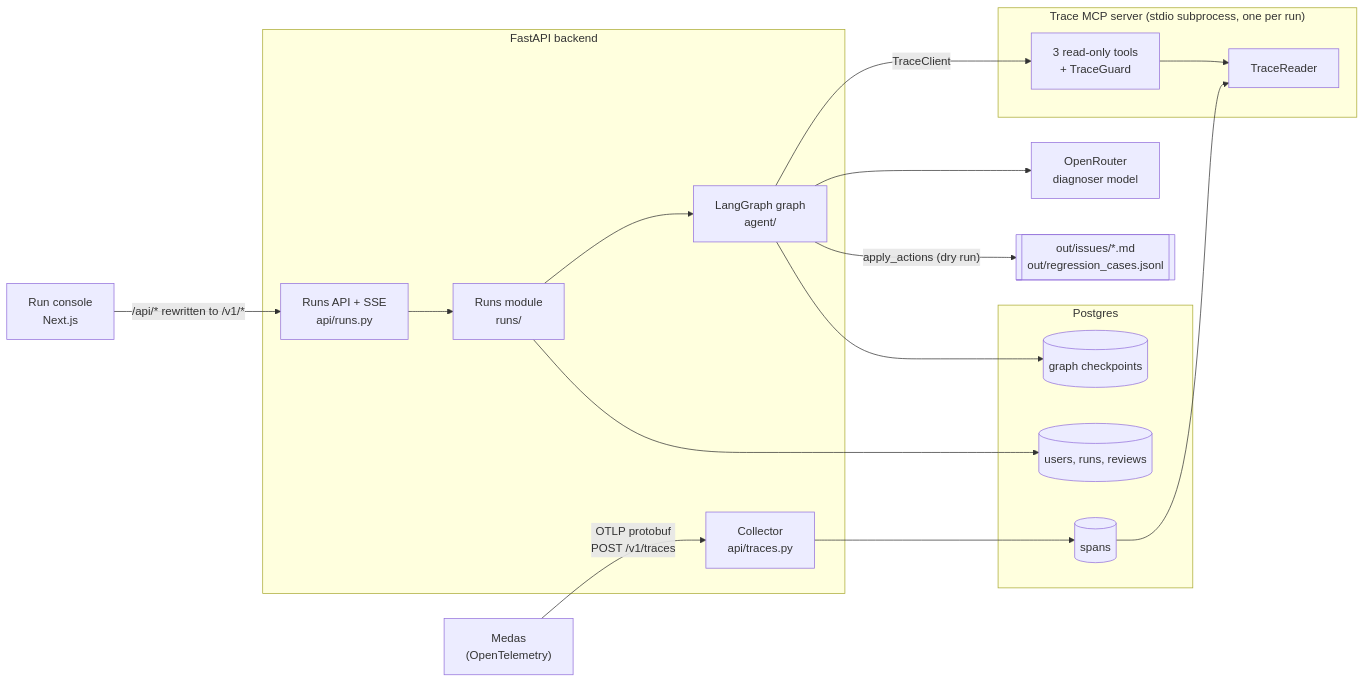
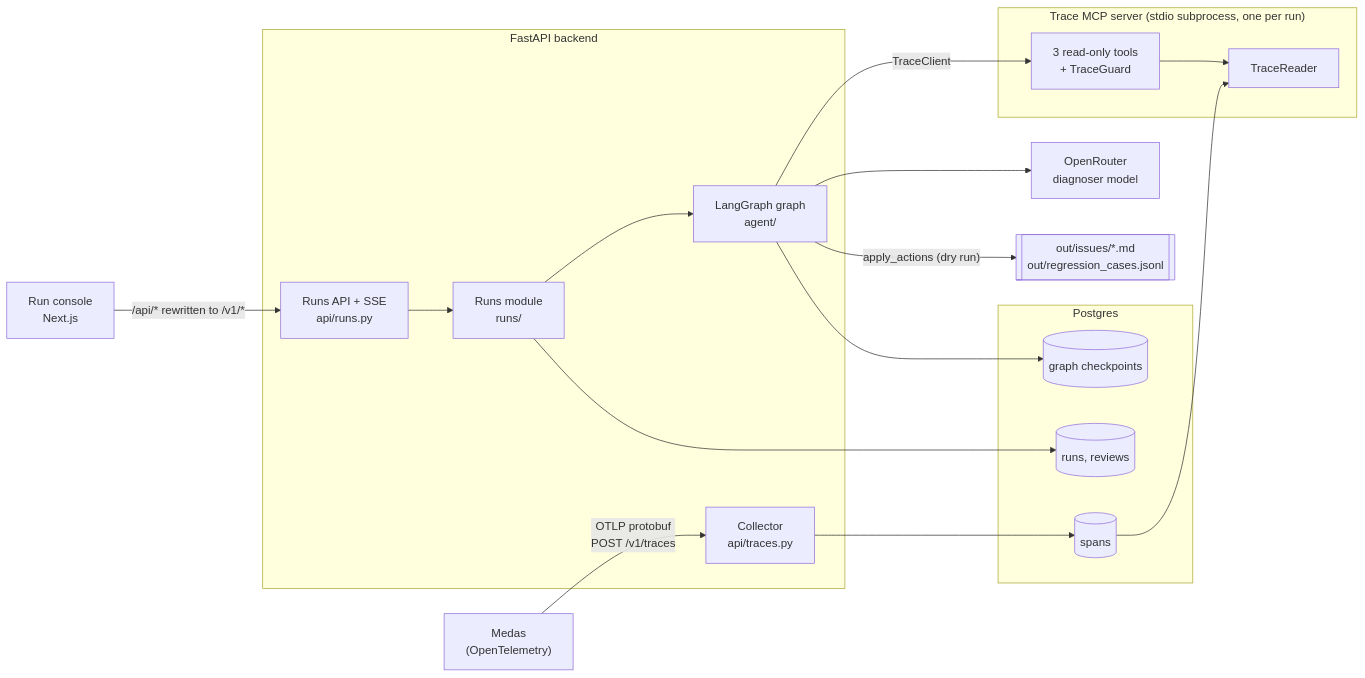
The first of 5 diagrams in README.md (Nelev/tracescan), drawn with Mermaid before and after one commit. The commit also changed other lines of this file and 24 other files, not shown here.

First line of the commit message:
refactor: simplify the diagnoser's retries, the graph and the run store

````diff
--- a/README.md
+++ b/README.md
@@ -29,37 +29,37 @@
 ```mermaid
 flowchart LR
     medas["Medas<br/>(OpenTelemetry)"] -- "OTLP protobuf<br/>POST /v1/traces" --> collector
 
     subgraph backend["FastAPI backend"]
         collector["Collector<br/>api/traces.py"]
         api["Runs API + SSE<br/>api/runs.py"]
         runs["Runs module<br/>runs/"]
         agent["LangGraph graph<br/>agent/"]
         api --> runs --> agent
     end
 
     subgraph pg["Postgres"]
         spans[("spans")]
-        app[("users, runs, reviews")]
+        app[("runs, reviews")]
         cp[("graph checkpoints")]
     end
 
     subgraph mcp["Trace MCP server (stdio subprocess, one per run)"]
         tools["3 read-only tools<br/>+ TraceGuard"]
         reader["TraceReader"]
         tools --> reader
     end
 
     ui["Run console<br/>Next.js"]
     llm["OpenRouter<br/>diagnoser model"]
     out[["out/issues/*.md<br/>out/regression_cases.jsonl"]]
 
     collector --> spans
     spans --> reader
     agent -- "TraceClient" --> tools
     agent --> llm
     agent -- "apply_actions (dry run)" --> out
     agent --> cp
     runs --> app
     ui -- "/api/* rewritten to /v1/*" --> api
 ```
````
